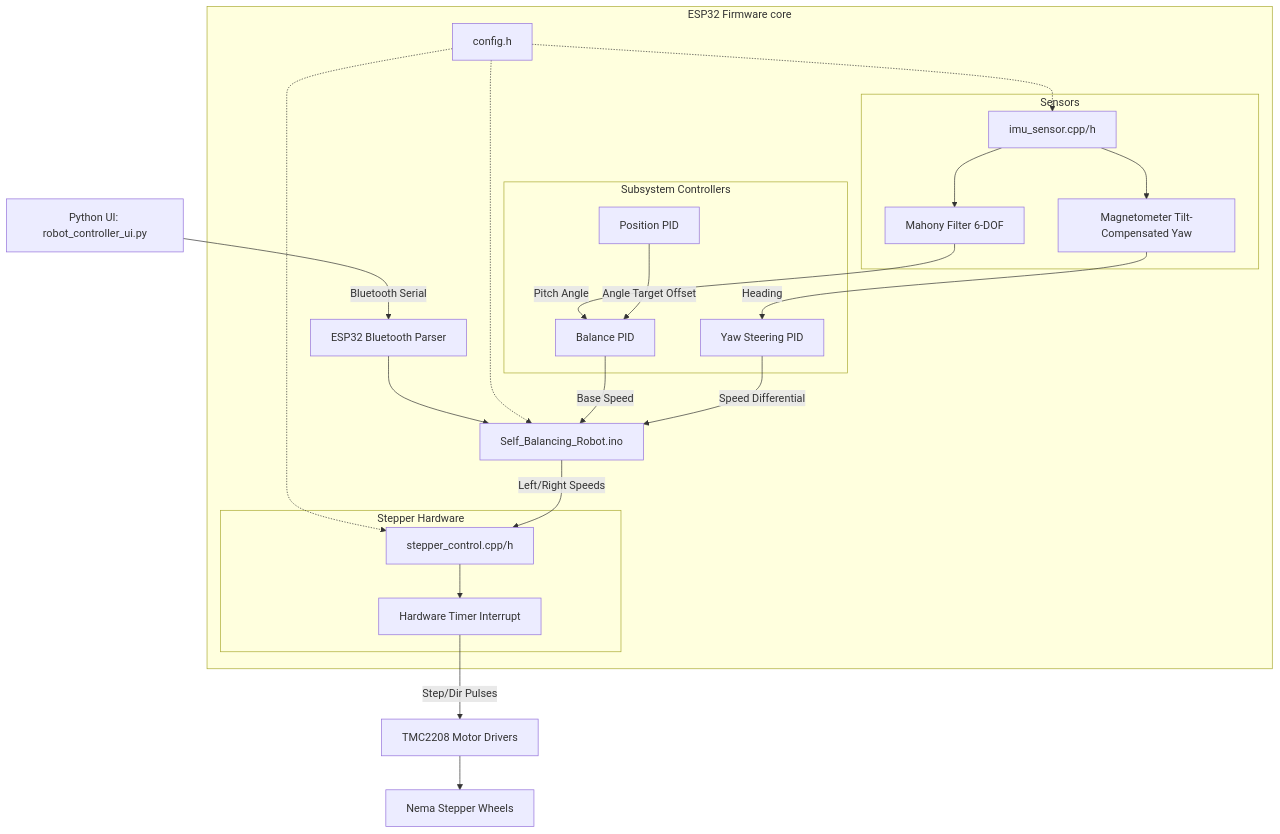
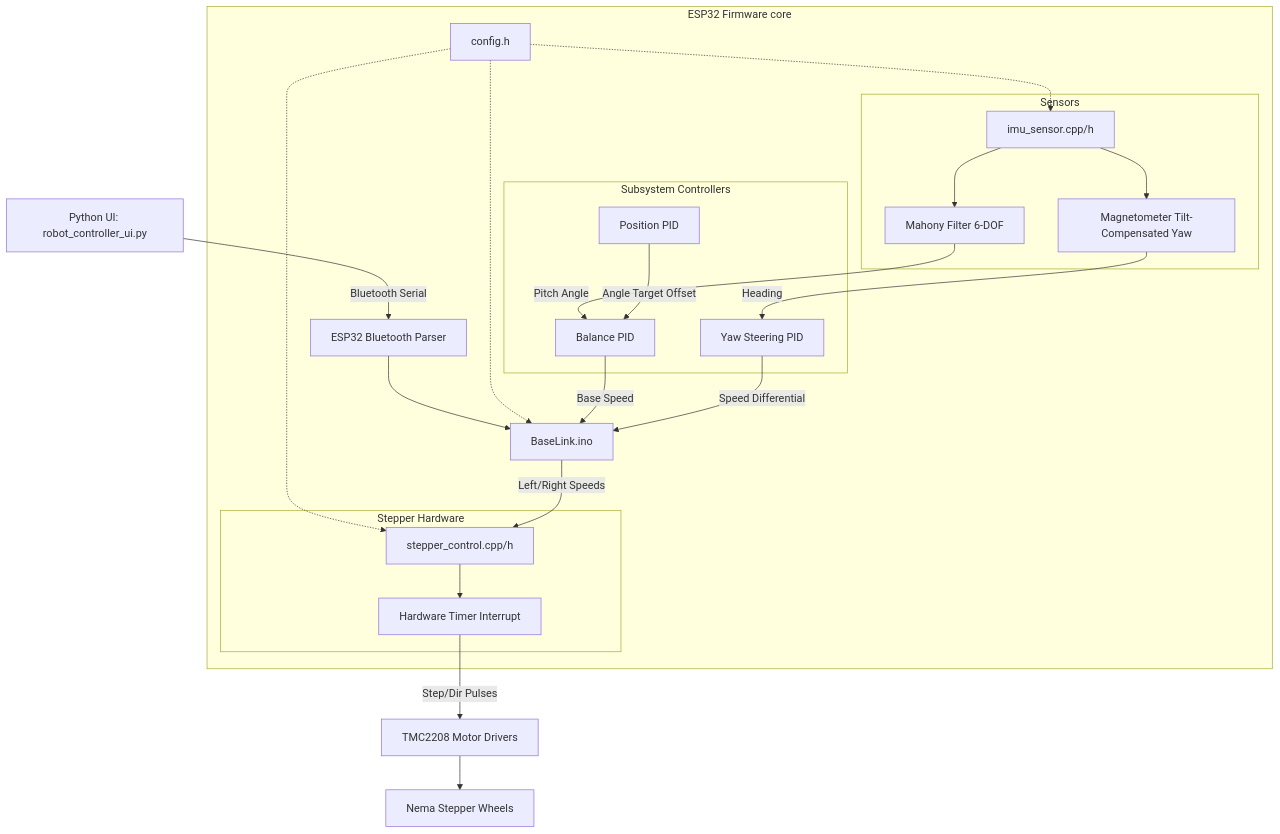
The diagram in firmware/BaseLink/system_architecture.md (atharvap8/2PyBot), drawn with Mermaid before and after one commit. The commit also changed other lines of this file and 6 other files, not shown here.

````diff
--- a/firmware/BaseLink/system_architecture.md
+++ b/firmware/BaseLink/system_architecture.md
@@ -7,47 +7,47 @@
 ```mermaid
 graph TD
     UI[Python UI: robot_controller_ui.py] -- Bluetooth Serial --> BT[ESP32 Bluetooth Parser]
     
     subgraph ESP32 Firmware core
-        INO[Self_Balancing_Robot.ino]
+        INO[BaseLink.ino]
         CFG[config.h]
         
         subgraph Sensors
             IMU[imu_sensor.cpp/h]
             MAH[Mahony Filter 6-DOF]
             MAG[Magnetometer Tilt-Compensated Yaw]
             
             IMU --> MAH
             IMU --> MAG
         end
         
         subgraph Subsystem Controllers
             BAL[Balance PID]
             POS[Position PID]
             YAW[Yaw Steering PID]
         end
         
         subgraph Stepper Hardware
             STEP[stepper_control.cpp/h]
             ISR[Hardware Timer Interrupt]
         end
         
         BT --> INO
         CFG -.-> INO
         CFG -.-> IMU
         CFG -.-> STEP
         
         MAH -- Pitch Angle --> BAL
         MAG -- Heading --> YAW
         
         POS -- Angle Target Offset --> BAL
         BAL -- Base Speed --> INO
         YAW -- Speed Differential --> INO
         
         INO -- Left/Right Speeds --> STEP
         STEP --> ISR
     end
     
     ISR -- Step/Dir Pulses --> TMC[TMC2208 Motor Drivers]
     TMC --> WH[Nema Stepper Wheels]
 ```
````
